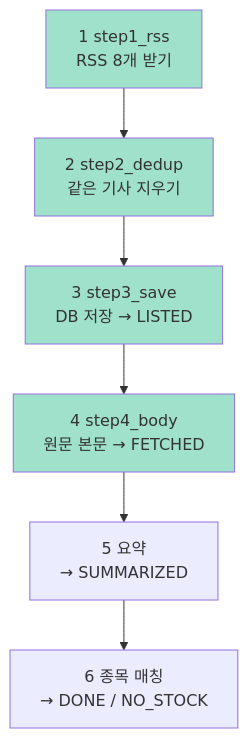
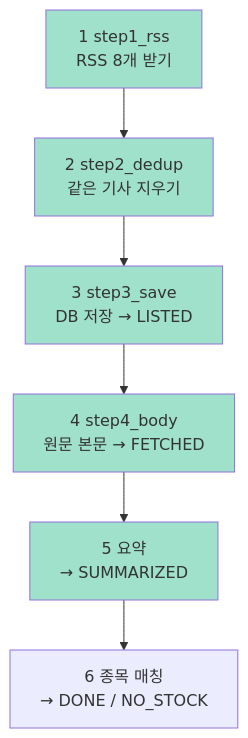
The second of 2 diagrams in ai/docs/학습/00_전체그림.md (hk-finance-team2/stock-news-matching), drawn with Mermaid before and after one commit. The commit also changed other lines of this file and 11 other files, not shown here.

````diff
--- a/ai/docs/학습/00_전체그림.md
+++ b/ai/docs/학습/00_전체그림.md
@@ -29,12 +29,13 @@
 ```mermaid
 flowchart TD
     A[1 step1_rss<br/>RSS 8개 받기] --> B[2 step2_dedup<br/>같은 기사 지우기]
     B --> C[3 step3_save<br/>DB 저장 → LISTED]
     C --> D[4 step4_body<br/>원문 본문 → FETCHED]
     D --> E[5 요약<br/>→ SUMMARIZED]
     E --> F[6 종목 매칭<br/>→ DONE / NO_STOCK]
     style A fill:#9FE1CB
     style B fill:#9FE1CB
     style C fill:#9FE1CB
     style D fill:#9FE1CB
+    style E fill:#9FE1CB
 ```
````
